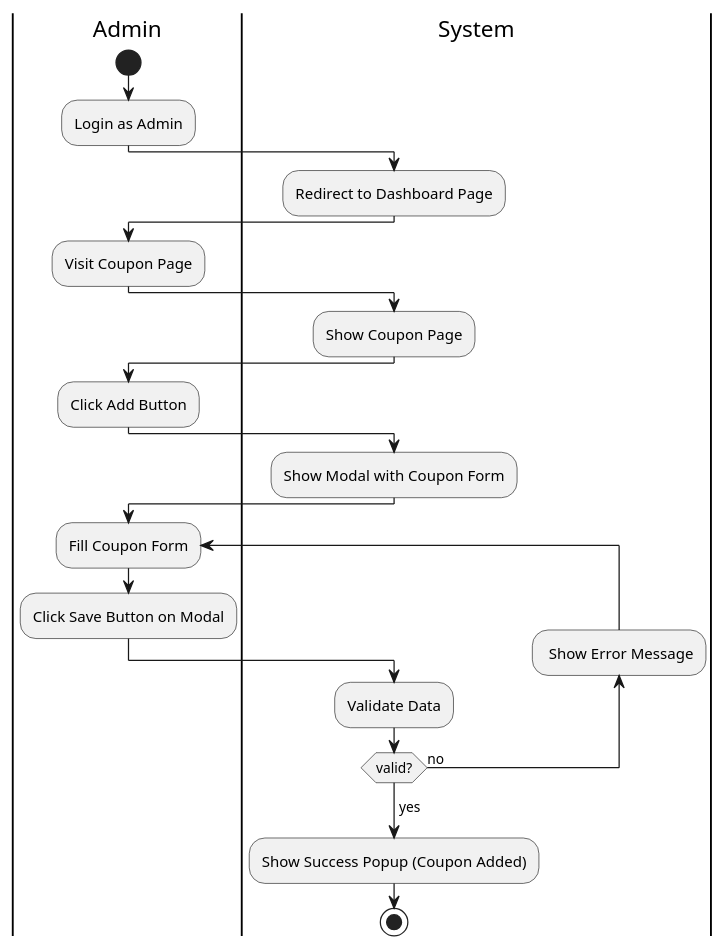
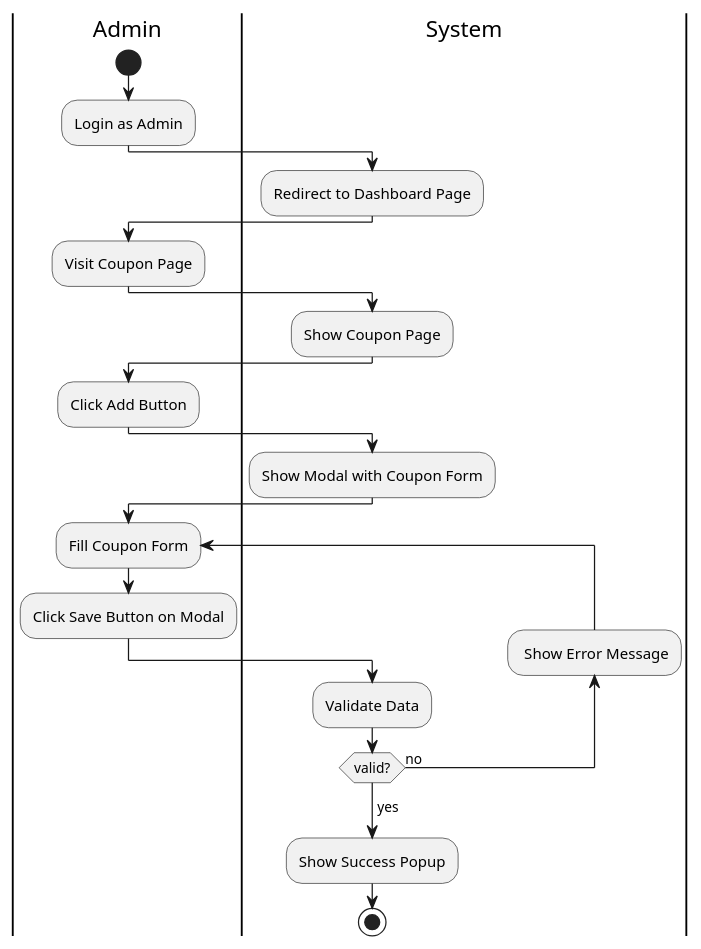
Before and after one commit to felixpherry/Lecturna-UML: the diagram in 031. Add Coupon/Activity Diagram.puml, drawn with PlantUML. The commit also changed 66 other files, not shown here.

Commit message:
Fix: Activity Diagrams

```diff
--- a/031. Add Coupon/Activity Diagram.puml
+++ b/031. Add Coupon/Activity Diagram.puml
@@ -1,25 +1,25 @@
 @startuml AddCoupon
 |Admin|
 start
 :Login as Admin;
 |System|
 :Redirect to Dashboard Page;
 |Admin|
 :Visit Coupon Page;
 |System|
 :Show Coupon Page;
 |Admin|
 :Click Add Button;
 |System|
 :Show Modal with Coupon Form;
 |Admin|
 repeat :Fill Coupon Form;
 :Click Save Button on Modal;
 |System|
 :Validate Data;
 backward: Show Error Message;
 repeat while(valid?) is (no)
 ->yes;
-:Show Success Popup (Coupon Added);
+:Show Success Popup;
 stop
 @enduml
```
